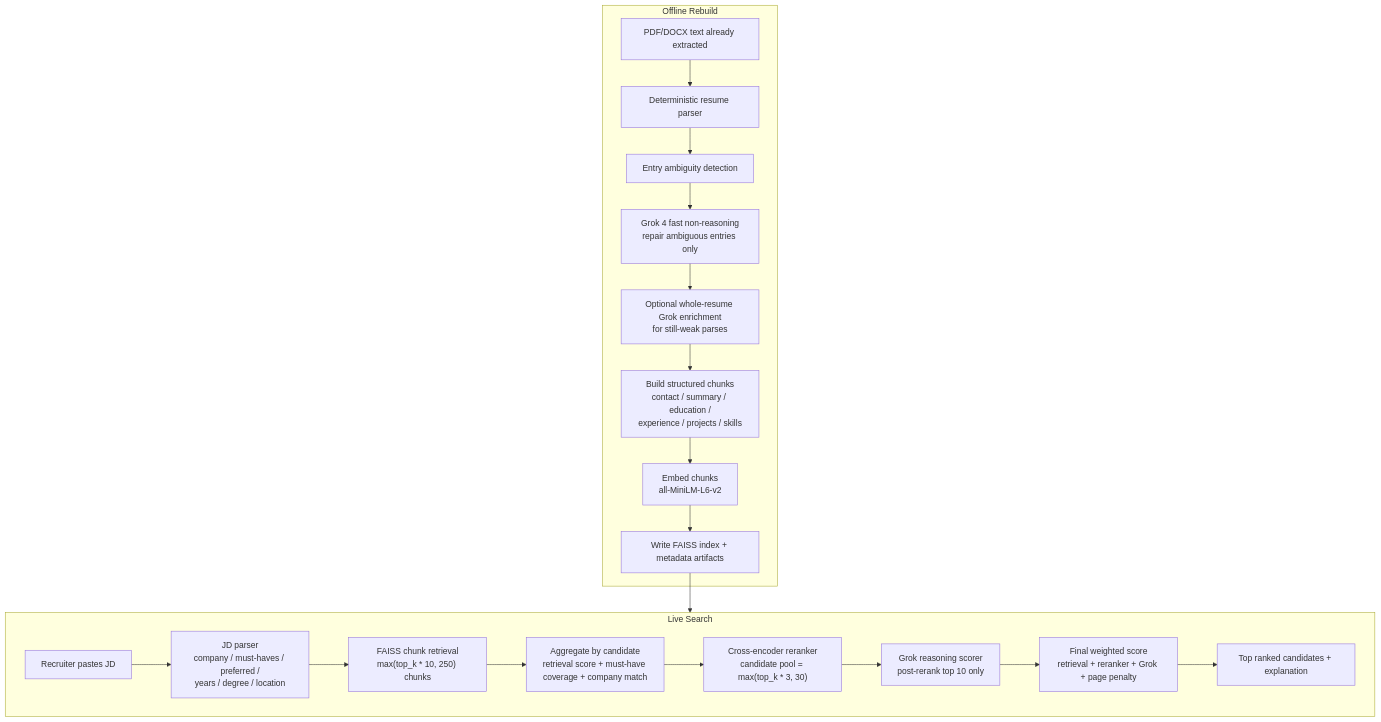
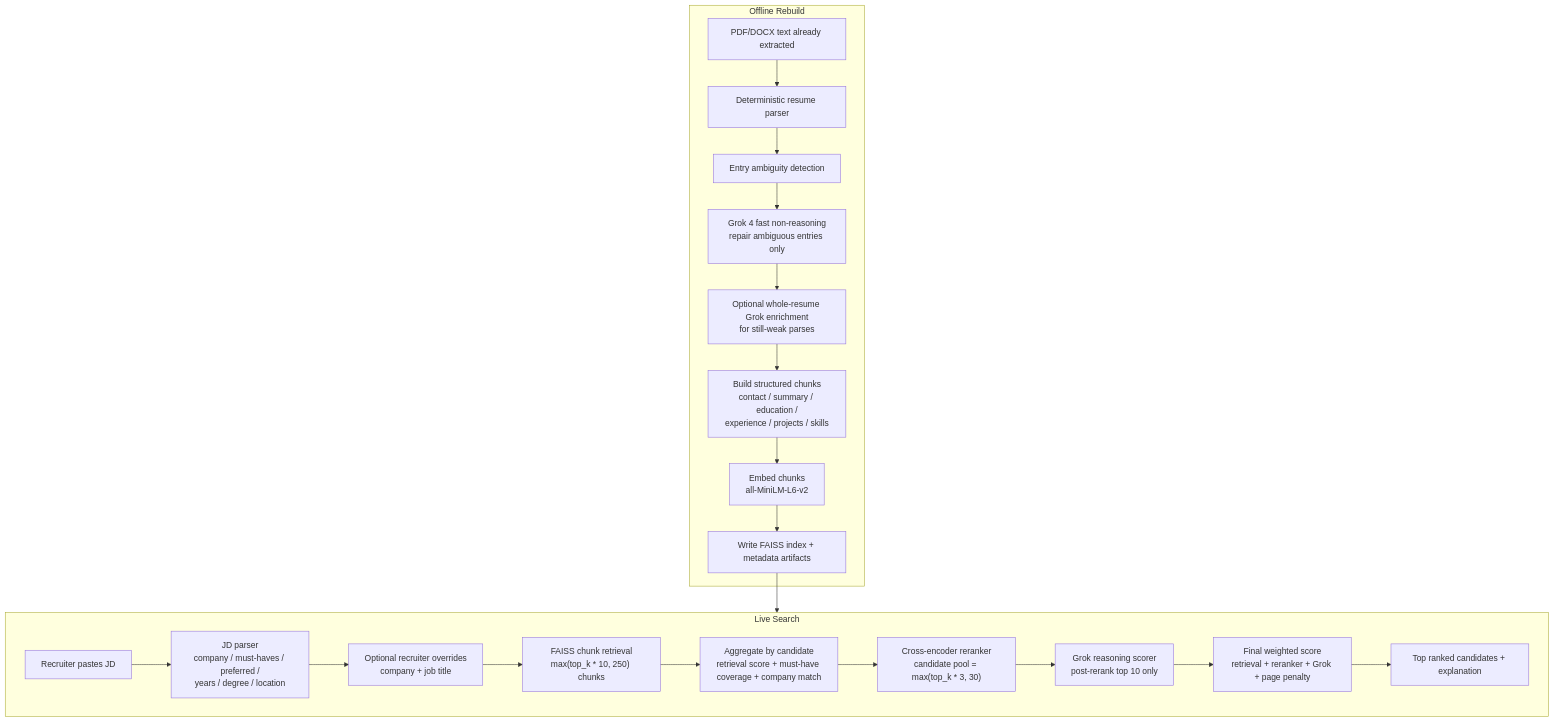
One commit to Ishayu1/TalentLens_Public changed the diagram in pipeline/current_pipeline.md. Above: the diagram before and after it, drawn with Mermaid. The commit also changed other lines of this file and 12 other files, not shown here.

````diff
--- a/pipeline/current_pipeline.md
+++ b/pipeline/current_pipeline.md
@@ -5,24 +5,25 @@
 ```mermaid
 flowchart TD
     subgraph Offline["Offline Rebuild"]
         A["PDF/DOCX text already extracted"] --> B["Deterministic resume parser"]
         B --> C["Entry ambiguity detection"]
         C --> D["Grok 4 fast non-reasoning\nrepair ambiguous entries only"]
         D --> E["Optional whole-resume Grok enrichment\nfor still-weak parses"]
         E --> F["Build structured chunks\ncontact / summary / education /\nexperience / projects / skills"]
         F --> G["Embed chunks\nall-MiniLM-L6-v2"]
         G --> H["Write FAISS index + metadata artifacts"]
     end
 
     subgraph Online["Live Search"]
         I["Recruiter pastes JD"] --> J["JD parser\ncompany / must-haves / preferred /\nyears / degree / location"]
-        J --> K["FAISS chunk retrieval\nmax(top_k * 10, 250) chunks"]
+        J --> J2["Optional recruiter overrides\ncompany + job title"]
+        J2 --> K["FAISS chunk retrieval\nmax(top_k * 10, 250) chunks"]
         K --> L["Aggregate by candidate\nretrieval score + must-have coverage + company match"]
         L --> M["Cross-encoder reranker\ncandidate pool = max(top_k * 3, 30)"]
         M --> N["Grok reasoning scorer\npost-rerank top 10 only"]
         N --> O["Final weighted score\nretrieval + reranker + Grok + page penalty"]
         O --> P["Top ranked candidates + explanation"]
     end
 
     H --> Online
 ```
````
